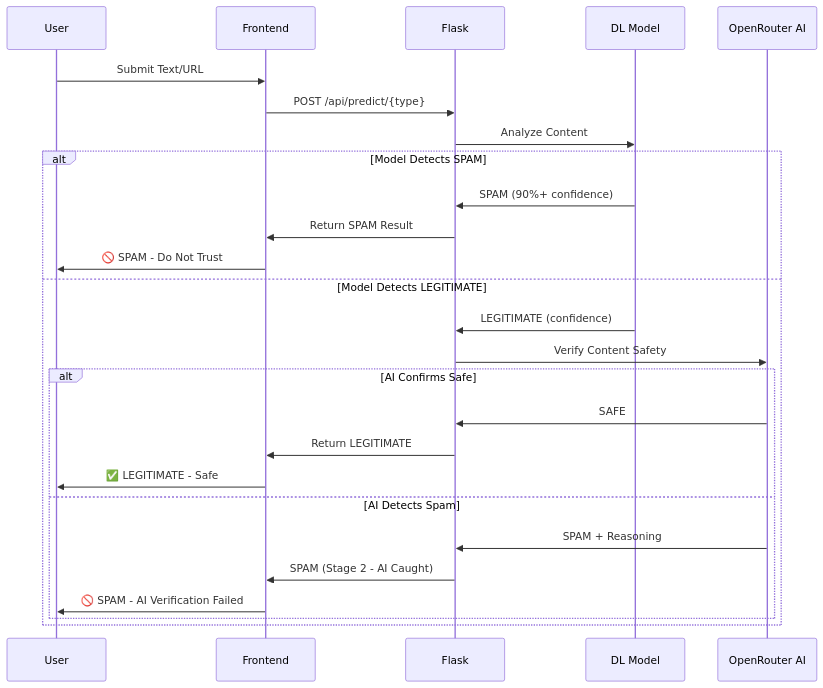
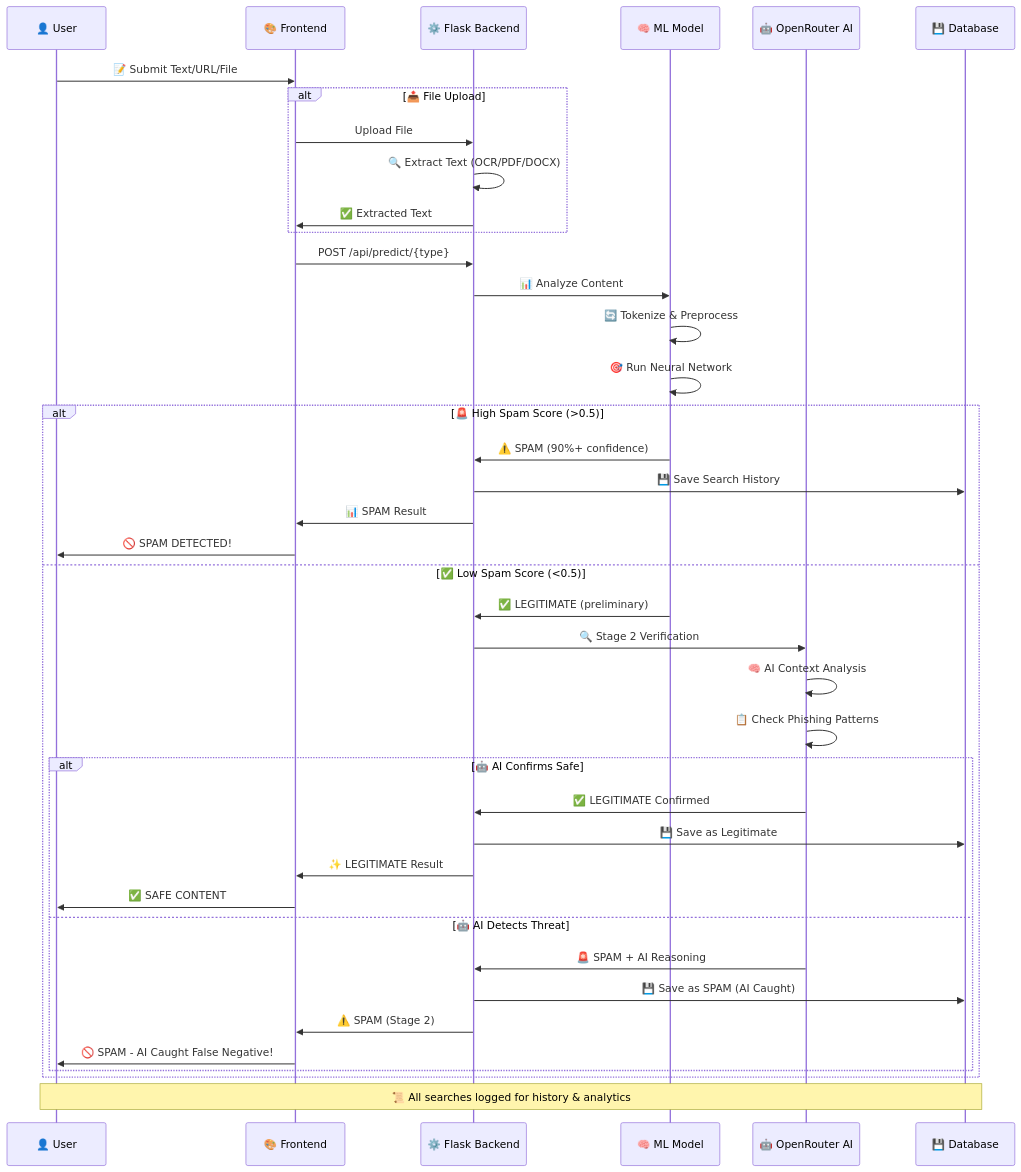
Before and after one commit to ubvc04/Spam-Detection: the fourth of 20 diagrams in README.md, drawn with Mermaid. The commit also changed other lines of this file and 3 other files, not shown here.

````diff
--- a/README.md
+++ b/README.md
@@ -122,31 +308,50 @@
 ```mermaid
 sequenceDiagram
-    participant User
-    participant Frontend
-    participant Flask
-    participant DL Model
-    participant OpenRouter AI
+    participant 👤 User
+    participant 🎨 Frontend
+    participant ⚙️ Flask Backend
+    participant 🧠 ML Model
+    participant 🤖 OpenRouter AI
+    participant 💾 Database
     
-    User->>Frontend: Submit Text/URL
-    Frontend->>Flask: POST /api/predict/{type}
-    Flask->>DL Model: Analyze Content
+    👤 User->>🎨 Frontend: 📝 Submit Text/URL/File
     
-    alt Model Detects SPAM
-        DL Model->>Flask: SPAM (90%+ confidence)
-        Flask->>Frontend: Return SPAM Result
-        Frontend->>User: 🚫 SPAM - Do Not Trust
-    else Model Detects LEGITIMATE
-        DL Model->>Flask: LEGITIMATE (confidence)
-        Flask->>OpenRouter AI: Verify Content Safety
+    alt 📤 File Upload
+        🎨 Frontend->>⚙️ Flask Backend: Upload File
+        ⚙️ Flask Backend->>⚙️ Flask Backend: 🔍 Extract Text (OCR/PDF/DOCX)
+        ⚙️ Flask Backend->>🎨 Frontend: ✅ Extracted Text
+    end
+    
+    🎨 Frontend->>⚙️ Flask Backend: POST /api/predict/{type}
+    ⚙️ Flask Backend->>🧠 ML Model: 📊 Analyze Content
+    
+    🧠 ML Model->>🧠 ML Model: 🔄 Tokenize & Preprocess
+    🧠 ML Model->>🧠 ML Model: 🎯 Run Neural Network
+    
+    alt 🚨 High Spam Score (>0.5)
+        🧠 ML Model->>⚙️ Flask Backend: ⚠️ SPAM (90%+ confidence)
+        ⚙️ Flask Backend->>💾 Database: 💾 Save Search History
+        ⚙️ Flask Backend->>🎨 Frontend: 📊 SPAM Result
+        🎨 Frontend->>👤 User: 🚫 SPAM DETECTED!
+    else ✅ Low Spam Score (<0.5)
+        🧠 ML Model->>⚙️ Flask Backend: ✅ LEGITIMATE (preliminary)
+        ⚙️ Flask Backend->>🤖 OpenRouter AI: 🔍 Stage 2 Verification
         
-        alt AI Confirms Safe
-            OpenRouter AI->>Flask: SAFE
-            Flask->>Frontend: Return LEGITIMATE
-            Frontend->>User: ✅ LEGITIMATE - Safe
-        else AI Detects Spam
-            OpenRouter AI->>Flask: SPAM + Reasoning
-            Flask->>Frontend: SPAM (Stage 2 - AI Caught)
-            Frontend->>User: 🚫 SPAM - AI Verification Failed
+        🤖 OpenRouter AI->>🤖 OpenRouter AI: 🧠 AI Context Analysis
+        🤖 OpenRouter AI->>🤖 OpenRouter AI: 📋 Check Phishing Patterns
+        
+        alt 🤖 AI Confirms Safe
+            🤖 OpenRouter AI->>⚙️ Flask Backend: ✅ LEGITIMATE Confirmed
+            ⚙️ Flask Backend->>💾 Database: 💾 Save as Legitimate
+            ⚙️ Flask Backend->>🎨 Frontend: ✨ LEGITIMATE Result
+            🎨 Frontend->>👤 User: ✅ SAFE CONTENT
+        else 🤖 AI Detects Threat
+            🤖 OpenRouter AI->>⚙️ Flask Backend: 🚨 SPAM + AI Reasoning
+            ⚙️ Flask Backend->>💾 Database: 💾 Save as SPAM (AI Caught)
+            ⚙️ Flask Backend->>🎨 Frontend: ⚠️ SPAM (Stage 2)
+            🎨 Frontend->>👤 User: 🚫 SPAM - AI Caught False Negative!
         end
     end
+    
+    Note over 👤 User,💾 Database: 📜 All searches logged for history & analytics
 ```
````
